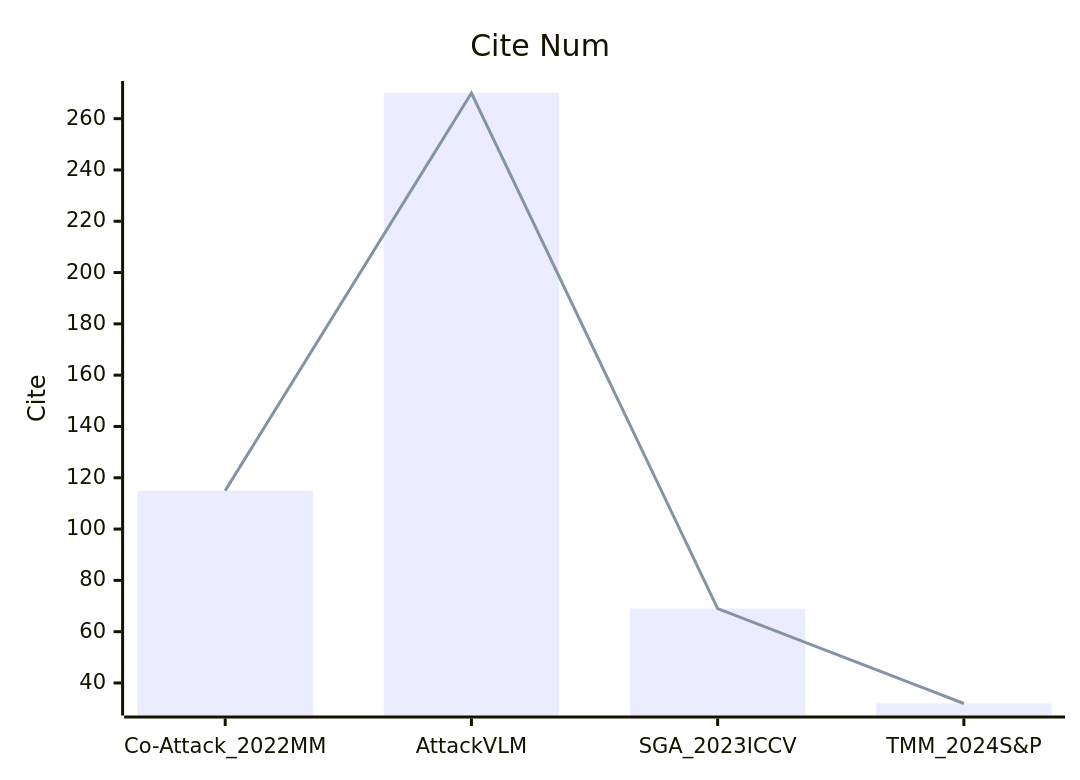
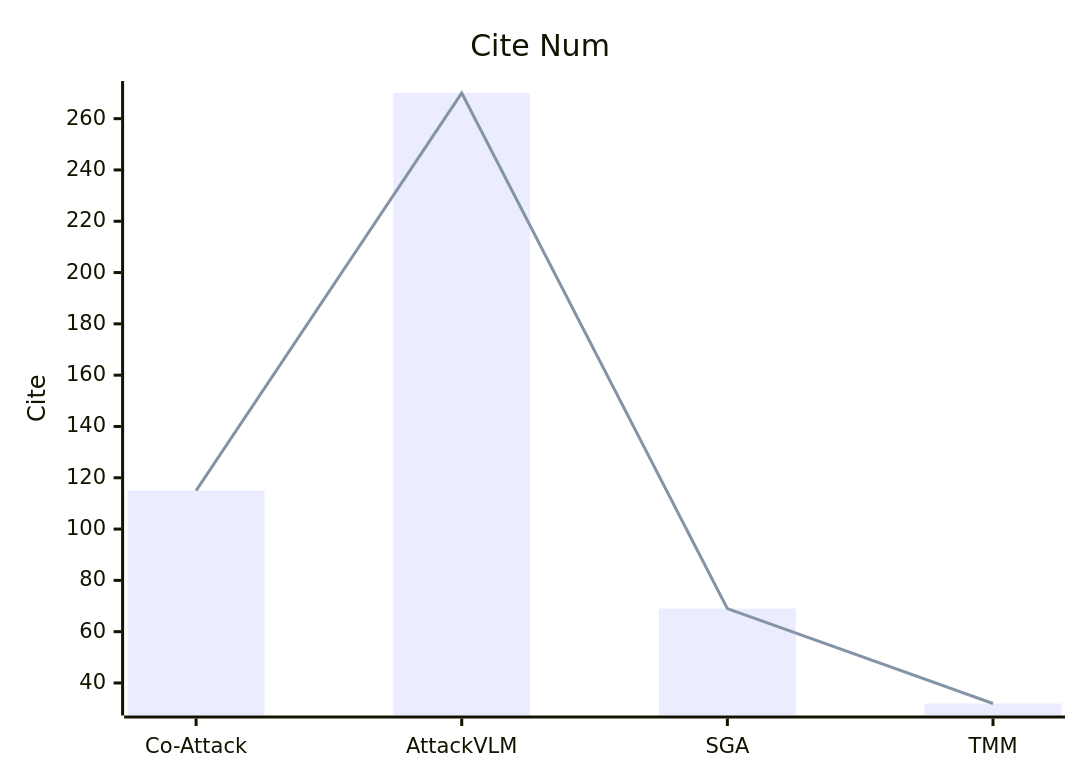
The fifth of 6 diagrams in Attack/Adversarial_Attack/VLP/analyse.md (Elephant-King9/Paper), drawn with Mermaid before and after one commit. The commit also changed other lines of this file and 5 other files, not shown here.

````diff
--- a/Attack/Adversarial_Attack/VLP/analyse.md
+++ b/Attack/Adversarial_Attack/VLP/analyse.md
@@ -55,9 +60,9 @@
 ```mermaid
 
     xychart-beta
     title "Cite Num"
-    x-axis [Co-Attack_2022MM, AttackVLM,SGA_2023ICCV, TMM_2024S&P]
+    x-axis [Co-Attack, AttackVLM,SGA, TMM]
     y-axis "Cite" 
     bar [115, 270,69,32]
     line [115, 270,69,32]
 ```
````
